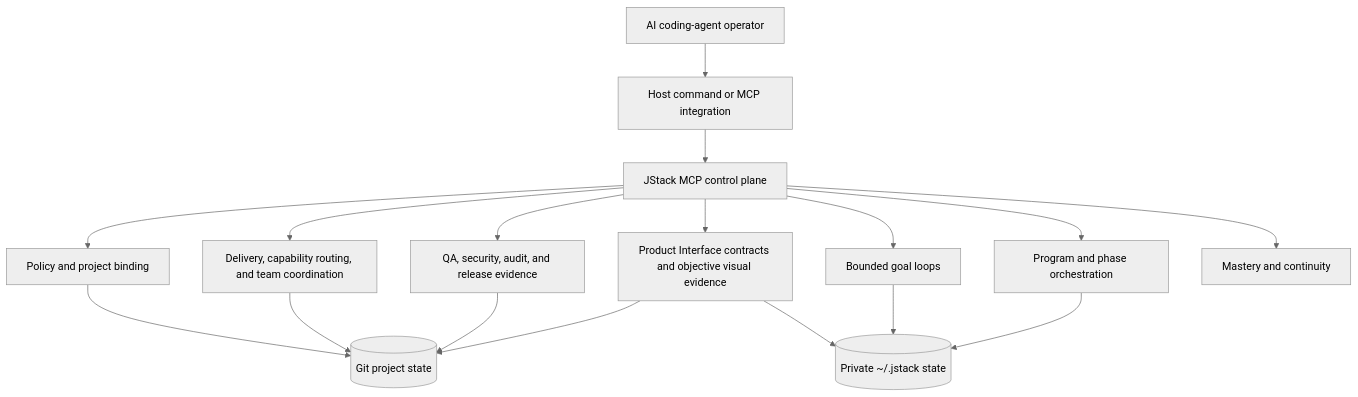
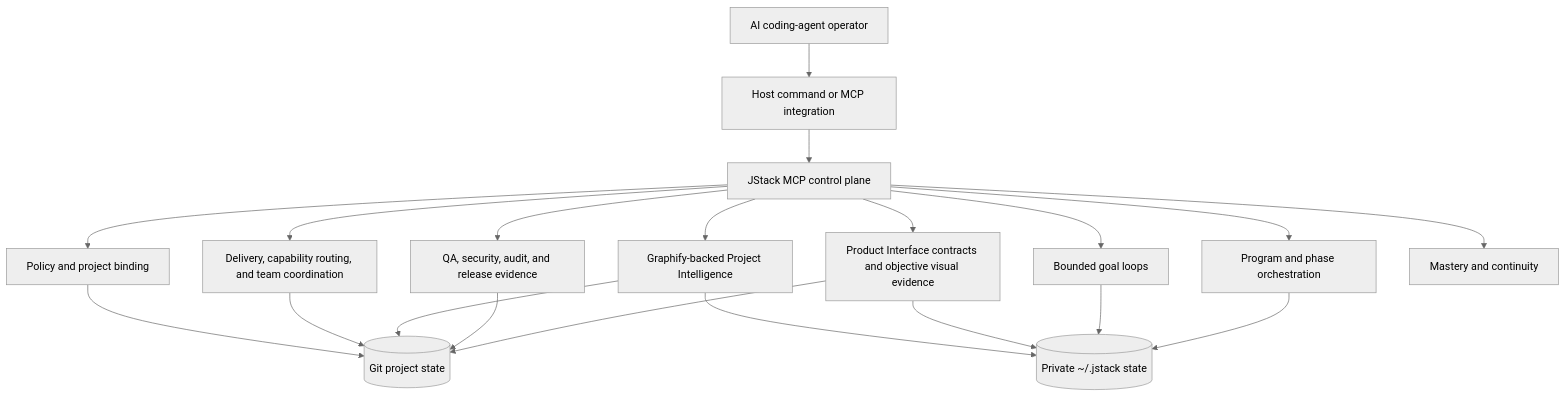
Before and after one commit to JarodFroneman/jstack: the second of 2 diagrams in README.md, drawn with Mermaid (neutral theme). The commit also changed other lines of this file and 83 other files, not shown here.

First line of the commit message:
release: JStack v0.12.0 Graphify Project Intelligence (#38)

````diff
--- a/README.md
+++ b/README.md
@@ -456,21 +507,24 @@
 ```mermaid
 flowchart TB
     U[AI coding-agent operator] --> H[Host command or MCP integration]
     H --> M[JStack MCP control plane]
 
     M --> P[Policy and project binding]
     M --> D[Delivery, capability routing, and team coordination]
+    M --> PI[Graphify-backed Project Intelligence]
     M --> UIC[Product Interface contracts and objective visual evidence]
     M --> E[QA, security, audit, and release evidence]
     M --> L[Bounded goal loops]
     M --> R[Program and phase orchestration]
     M --> T[Mastery and continuity]
 
     P --> G[(Git project state)]
     D --> G
+    PI --> G
+    PI --> X
     E --> G
     UIC --> G
     UIC --> X
     L --> X[(Private ~/.jstack state)]
     R --> X
 ```
````
